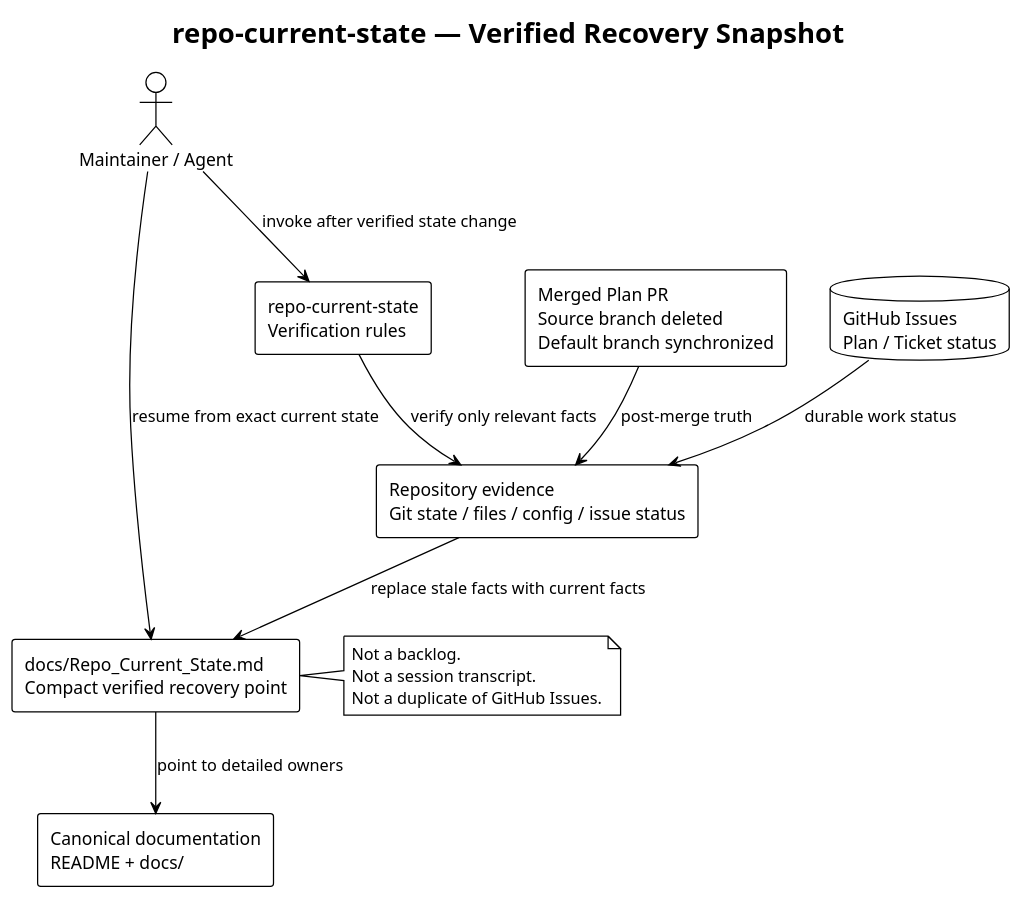
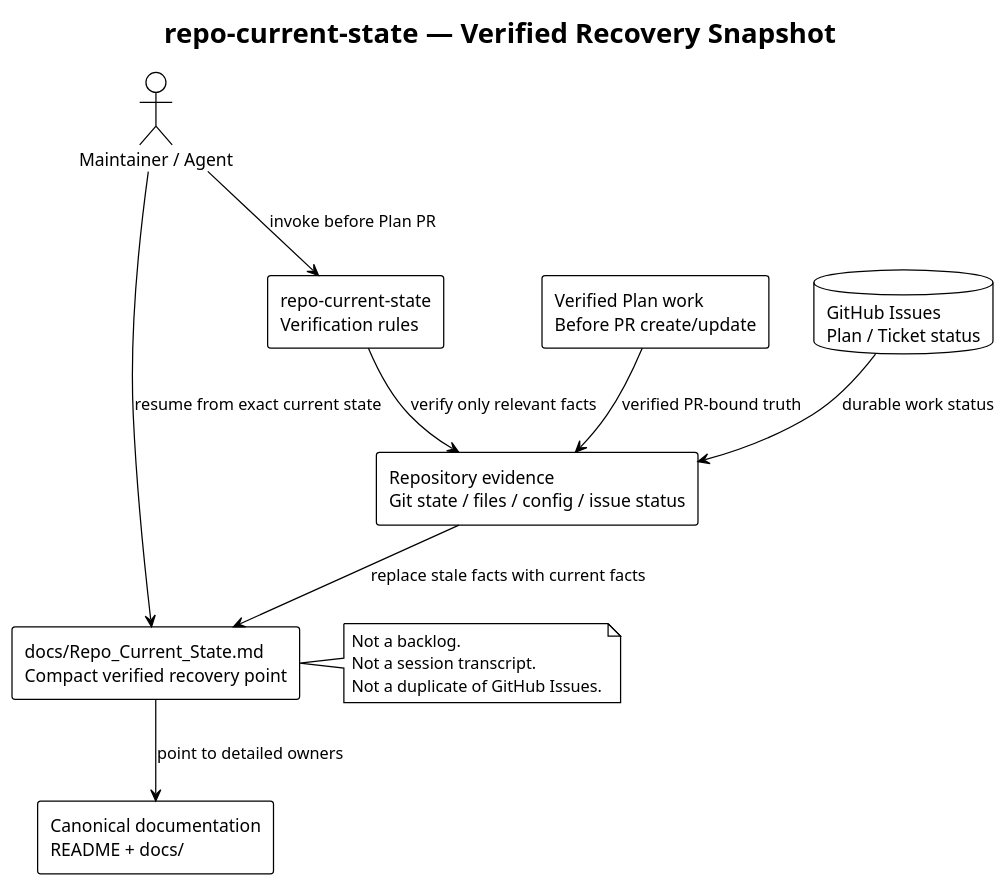
The diagram in docs/skills/repo-current-state/diagrams/repository-state.puml (i-zrhe2016/codex-development-workflow), drawn with PlantUML before and after one commit. The commit also changed 24 other files, not shown here.

```diff
--- a/docs/skills/repo-current-state/diagrams/repository-state.puml
+++ b/docs/skills/repo-current-state/diagrams/repository-state.puml
@@ -1,30 +1,30 @@
 @startuml
 !theme plain
 top to bottom direction
 skinparam shadowing false
 skinparam defaultFontName Arial
 
 title repo-current-state — Verified Recovery Snapshot
 
 actor "Maintainer / Agent" as maintainer
-rectangle "Merged Plan PR\nSource branch deleted\nDefault branch synchronized" as delivery
+rectangle "Verified Plan work\nBefore PR create/update" as delivery
 rectangle "Repository evidence\nGit state / files / config / issue status" as evidence
 rectangle "repo-current-state\nVerification rules" as skill
 rectangle "docs/Repo_Current_State.md\nCompact verified recovery point" as snapshot
 rectangle "Canonical documentation\nREADME + docs/" as docs
 database "GitHub Issues\nPlan / Ticket status" as issues
 
-maintainer --> skill : invoke after verified state change
-delivery --> evidence : post-merge truth
+maintainer --> skill : invoke before Plan PR
+delivery --> evidence : verified PR-bound truth
 issues --> evidence : durable work status
 skill --> evidence : verify only relevant facts
 evidence --> snapshot : replace stale facts with current facts
 snapshot --> docs : point to detailed owners
 maintainer --> snapshot : resume from exact current state
 
 note right of snapshot
 Not a backlog.
 Not a session transcript.
 Not a duplicate of GitHub Issues.
 end note
 @enduml
```
